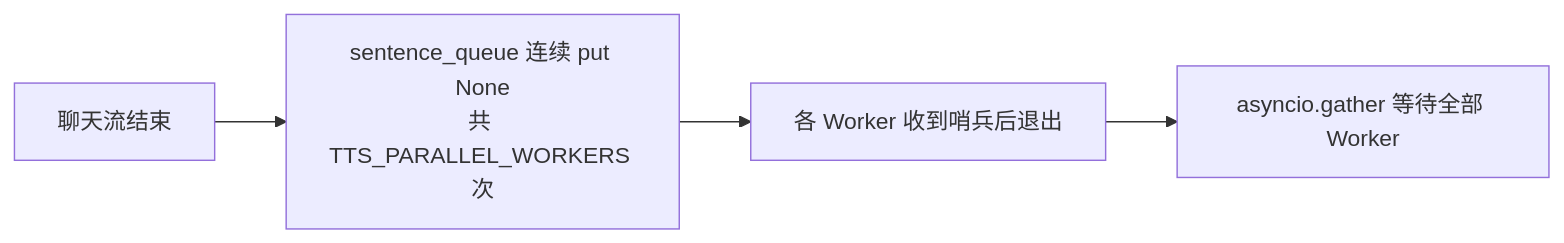
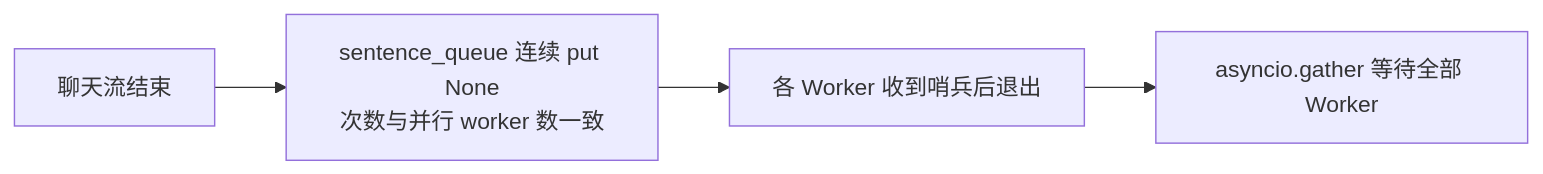
The second of 8 diagrams in docs/后端项目正文.md (guniang1/live2DPro), drawn with Mermaid before and after one commit. The commit also changed other lines of this file and 491 other files, not shown here.

````diff
--- a/docs/后端项目正文.md
+++ b/docs/后端项目正文.md
@@ -153,6 +170,6 @@
 ```mermaid
 flowchart LR
-    X[聊天流结束] --> Y["sentence_queue 连续 put None<br/>共 TTS_PARALLEL_WORKERS 次"]
+    X[聊天流结束] --> Y["sentence_queue 连续 put None<br/>次数与并行 worker 数一致"]
     Y --> Z[各 Worker 收到哨兵后退出]
     Z --> W[asyncio.gather 等待全部 Worker]
 ```
````
